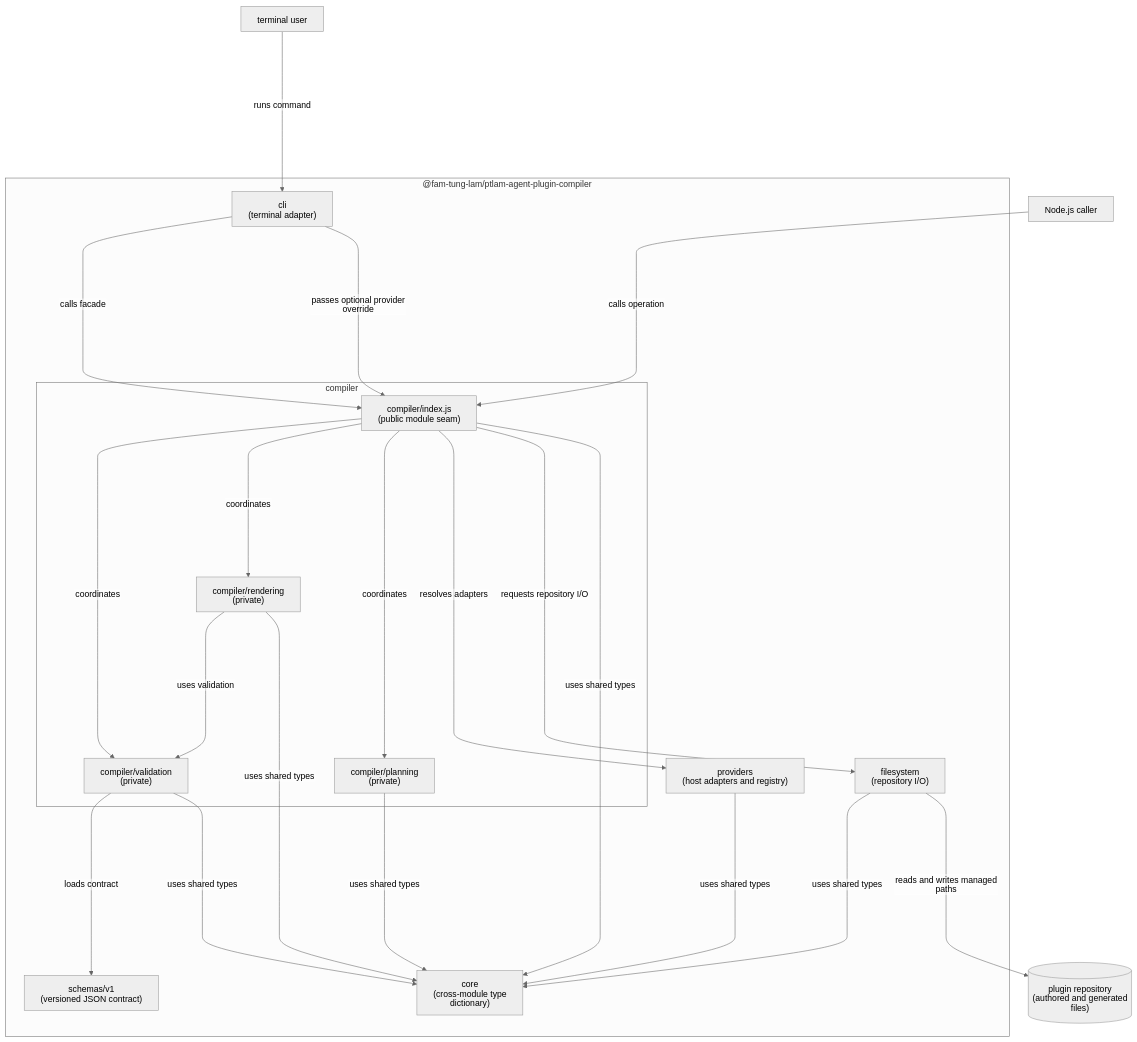
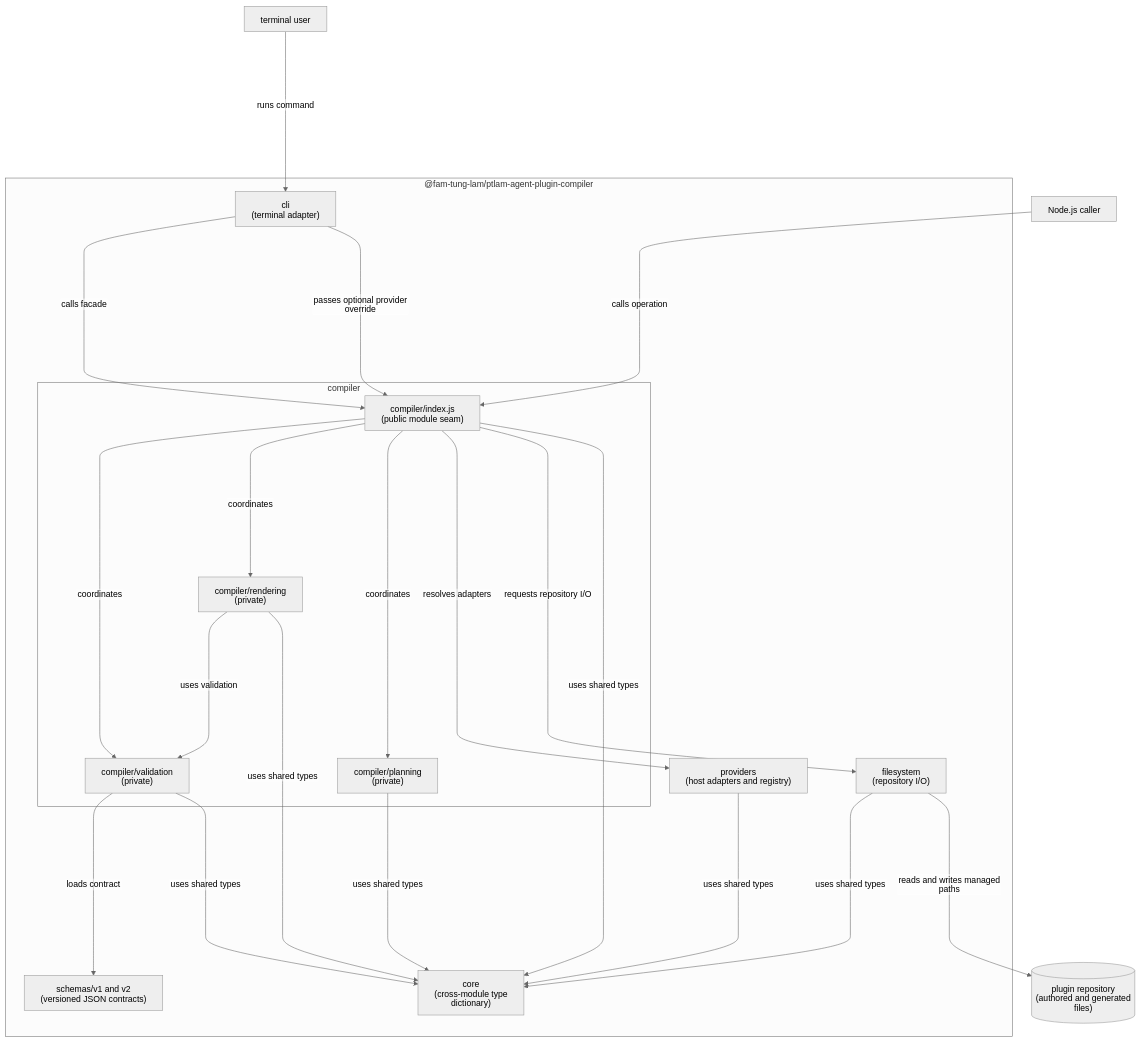
Before and after one commit to fam-tung-lam/ptlam-agent-plugin-compiler: the first of 9 diagrams in docs/ARCHITECTURE.md, drawn with Mermaid (neutral theme). The commit also changed other lines of this file and 65 other files, not shown here.

````diff
--- a/docs/ARCHITECTURE.md
+++ b/docs/ARCHITECTURE.md
@@ -5,81 +5,81 @@
 ```mermaid
 ---
 config:
   htmlLabels: false
 ---
 flowchart TD
     TerminalUser["`terminal user`"]
     NodeJsCaller["`Node.js caller`"]
     PluginRepository[("`
         plugin repository
         (authored and generated files)
     `")]
 
     subgraph Package["`@fam-tung-lam/ptlam-agent-plugin-compiler`"]
         CommandLineInterface["`
             cli
             (terminal adapter)
         `"]
 
         subgraph CompilerModule["`compiler`"]
             CompilerFacade["`
                 compiler/index.js
                 (public module seam)
             `"]
 
             CompilerValidation["`
                 compiler/validation
                 (private)
             `"]
 
             CompilerRendering["`
                 compiler/rendering
                 (private)
             `"]
 
             CompilerPlanning["`
                 compiler/planning
                 (private)
             `"]
         end
 
         Providers["`
             providers
             (host adapters and registry)
         `"]
 
         Filesystem["`
             filesystem
             (repository I/O)
         `"]
 
         Core["`
             core
             (cross-module type dictionary)
         `"]
 
         Schemas["`
-            schemas/v1
-            (versioned JSON contract)
+            schemas/v1 and v2
+            (versioned JSON contracts)
         `"]
     end
 
     TerminalUser ------>|"`runs command`"| CommandLineInterface
     NodeJsCaller ------>|"`calls operation`"| CompilerFacade
     CommandLineInterface ------>|"`calls facade`"| CompilerFacade
     CommandLineInterface ------>|"`passes optional provider override`"| CompilerFacade
     CompilerFacade ------>|"`coordinates`"| CompilerValidation
     CompilerFacade ------>|"`coordinates`"| CompilerRendering
     CompilerFacade ------>|"`coordinates`"| CompilerPlanning
     CompilerFacade ------>|"`resolves adapters`"| Providers
     CompilerFacade ------>|"`requests repository I/O`"| Filesystem
     CompilerFacade ------>|"`uses shared types`"| Core
     CompilerValidation ------>|"`loads contract`"| Schemas
     CompilerValidation ------>|"`uses shared types`"| Core
     CompilerRendering ------>|"`uses validation`"| CompilerValidation
     CompilerRendering ------>|"`uses shared types`"| Core
     CompilerPlanning ------>|"`uses shared types`"| Core
     Providers ------>|"`uses shared types`"| Core
     Filesystem ------>|"`uses shared types`"| Core
     Filesystem ------>|"`reads and writes managed paths`"| PluginRepository
 ```
````
